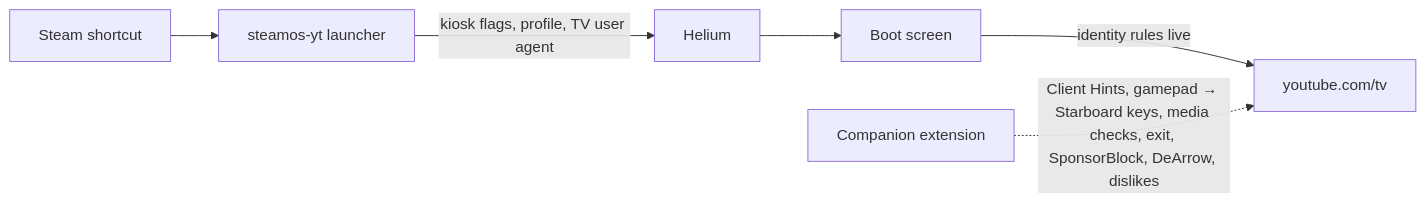
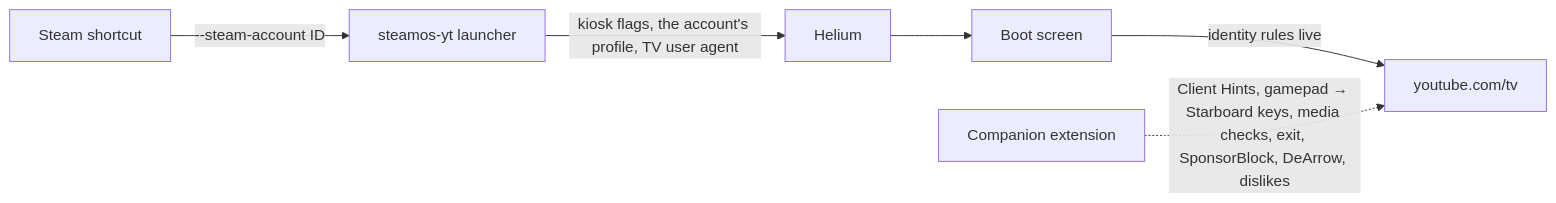
One commit to Jadocee/steamos-yt changed the diagram in README.md. Above: the diagram before and after it, drawn with Mermaid. The commit also changed other lines of this file and 18 other files, not shown here.

First line of the commit message:
Give each Steam account its own YouTube profile and shortcut

````diff
--- a/README.md
+++ b/README.md
@@ -135,8 +148,8 @@
 ```mermaid
 flowchart LR
-  Steam["Steam shortcut"] --> Launcher["steamos-yt launcher"]
-  Launcher -->|"kiosk flags, profile, TV user agent"| Helium["Helium"]
+  Steam["Steam shortcut"] -->|"--steam-account ID"| Launcher["steamos-yt launcher"]
+  Launcher -->|"kiosk flags, the account's profile, TV user agent"| Helium["Helium"]
   Helium --> Splash["Boot screen"]
   Splash -->|"identity rules live"| TV["youtube.com/tv"]
   Extension["Companion extension"] -.->|"Client Hints, gamepad → Starboard keys, media checks, exit, SponsorBlock, DeArrow, dislikes"| TV
 ```
````
